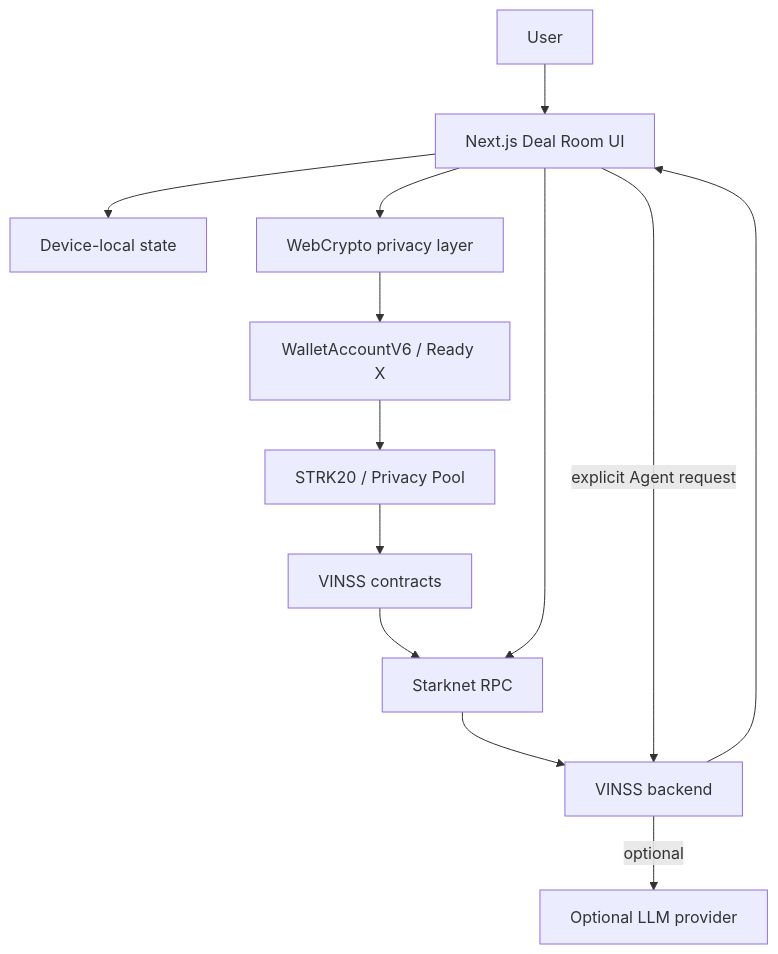
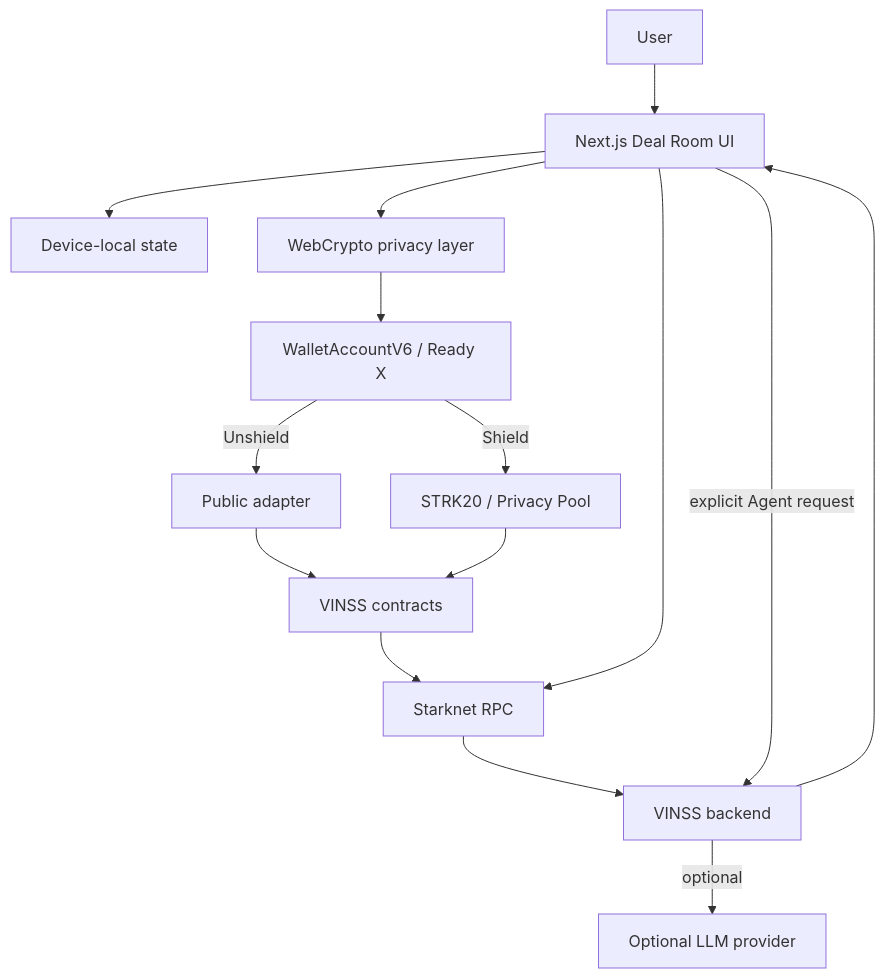
Before and after one commit to DXJLabs/vinss: the first of 9 diagrams in docs/technical/frontend/README.md, drawn with Mermaid. The commit also changed other lines of this file and 8 other files, not shown here.

Commit message:
docs: refresh messaging architecture, code maps and Mermaid; verify Offer rails

````diff
--- a/docs/technical/frontend/README.md
+++ b/docs/technical/frontend/README.md
@@ -115,26 +118,28 @@
 ```mermaid
 flowchart TD
     USER["User"]
     UI["Next.js Deal Room UI"]
     LOCAL["Device-local state"]
     CRYPTO["WebCrypto privacy layer"]
     WALLET["WalletAccountV6 / Ready X"]
     POOL["STRK20 / Privacy Pool"]
     CONTRACTS["VINSS contracts"]
     RPC["Starknet RPC"]
     BACKEND["VINSS backend"]
     LLM["Optional LLM provider"]
 
     USER --> UI
     UI --> LOCAL
     UI --> CRYPTO
     CRYPTO --> WALLET
-    WALLET --> POOL
+    WALLET -->|Shield| POOL
+    WALLET -->|Unshield| PUBLIC["Public adapter"]
+    PUBLIC --> CONTRACTS
     POOL --> CONTRACTS
     CONTRACTS --> RPC
     RPC --> BACKEND
     BACKEND --> UI
     UI --> RPC
     UI -->|"explicit Agent request"| BACKEND
     BACKEND -->|"optional"| LLM
 ```
````
